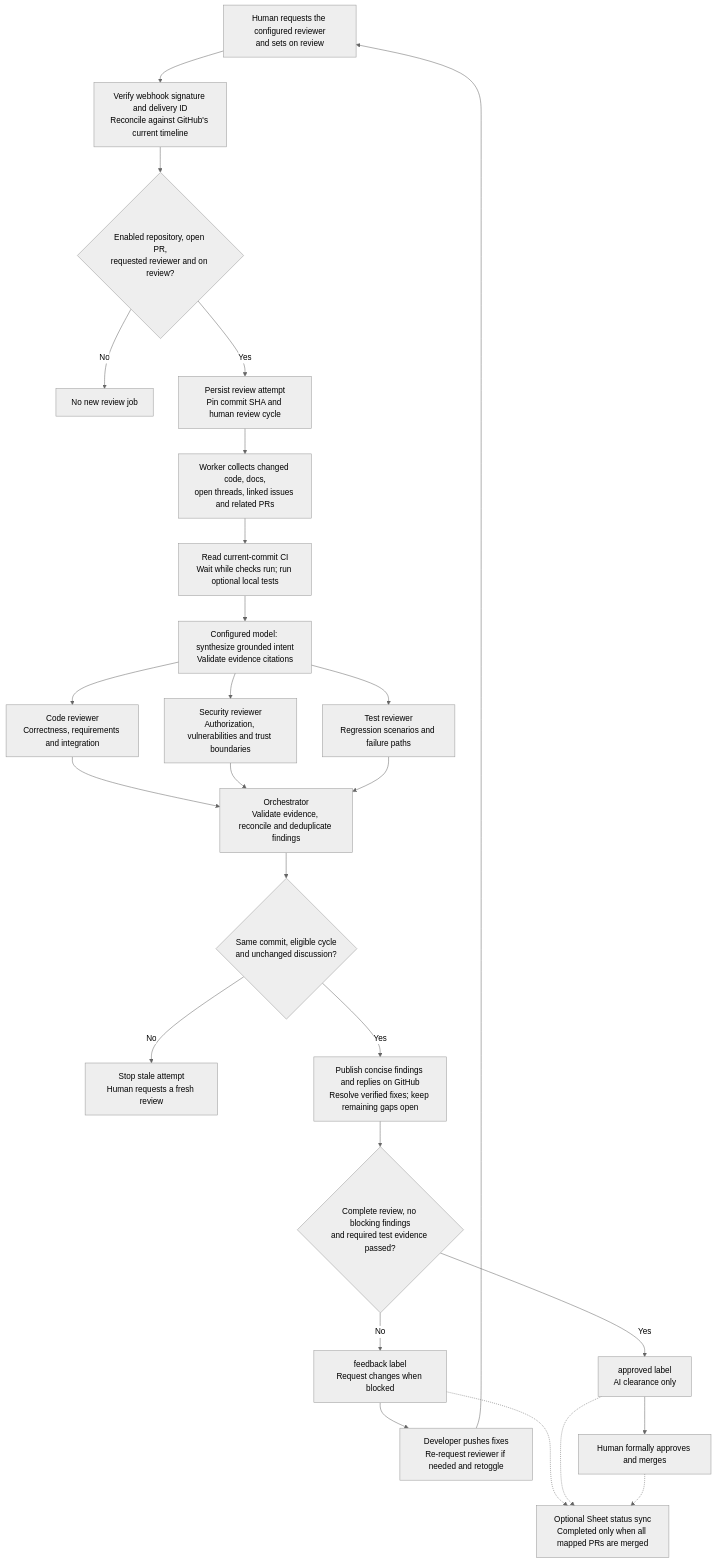
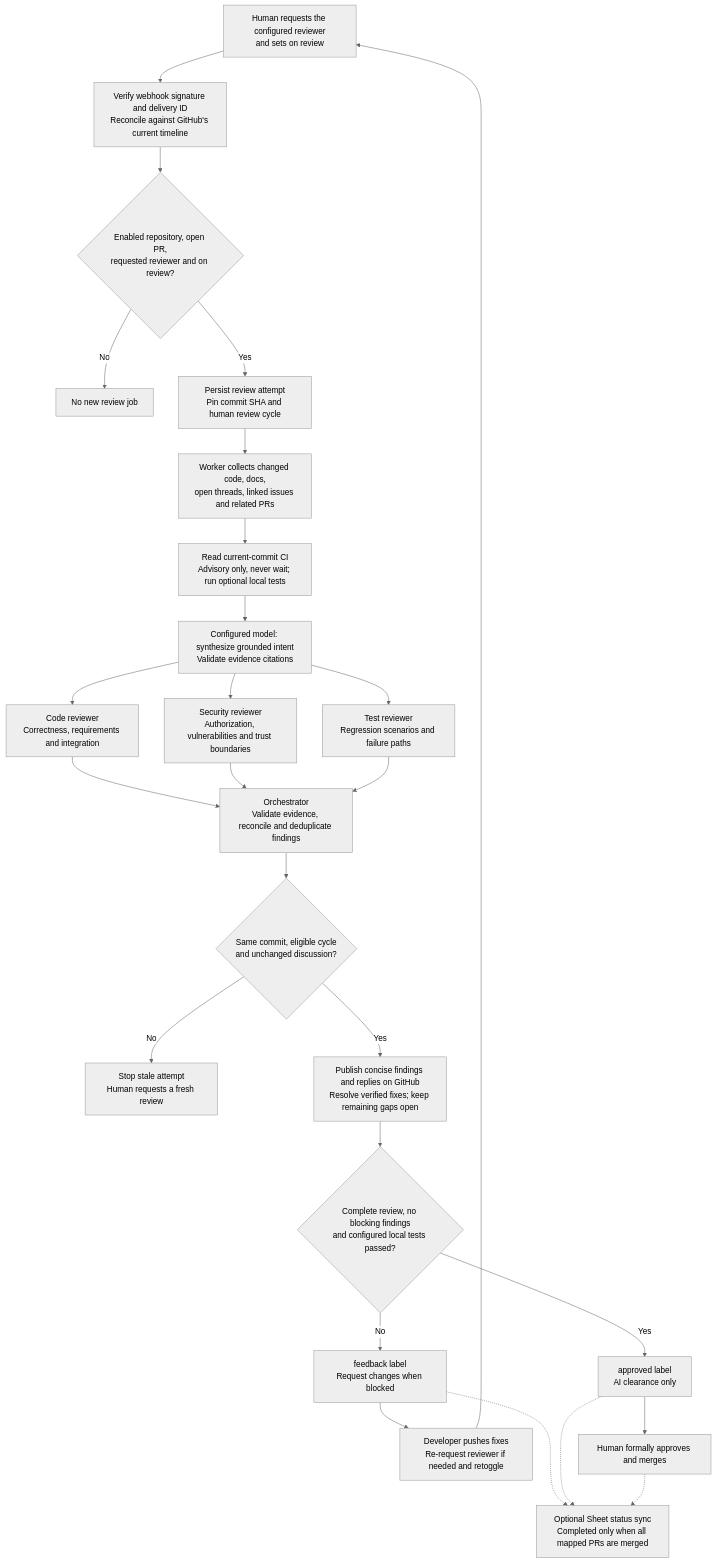
The second of 2 diagrams in README.md (Ainzw0rth/pr-review-service), drawn with Mermaid (neutral theme) before and after one commit. The commit also changed other lines of this file and 23 other files, not shown here.

Commit message:
Make CI advisory and add bulk retries and review durations

````diff
--- a/README.md
+++ b/README.md
@@ -86,39 +86,39 @@
 ```mermaid
 flowchart TB
     human["Human requests the configured reviewer<br/>and sets on review"]
     ingress["Verify webhook signature and delivery ID<br/>Reconcile against GitHub's current timeline"]
     eligible{"Enabled repository, open PR,<br/>requested reviewer and on review?"}
     ignore["No new review job"]
     queue["Persist review attempt<br/>Pin commit SHA and human review cycle"]
     context["Worker collects changed code, docs,<br/>open threads, linked issues and related PRs"]
-    ci["Read current-commit CI<br/>Wait while checks run; run optional local tests"]
+    ci["Read current-commit CI<br/>Advisory only, never wait; run optional local tests"]
     intent["Configured model: synthesize grounded intent<br/>Validate evidence citations"]
     code["Code reviewer<br/>Correctness, requirements and integration"]
     security["Security reviewer<br/>Authorization, vulnerabilities and trust boundaries"]
     tests["Test reviewer<br/>Regression scenarios and failure paths"]
     model["Orchestrator<br/>Validate evidence, reconcile and deduplicate findings"]
     guard{"Same commit, eligible cycle<br/>and unchanged discussion?"}
     stale["Stop stale attempt<br/>Human requests a fresh review"]
     publish["Publish concise findings and replies on GitHub<br/>Resolve verified fixes; keep remaining gaps open"]
-    outcome{"Complete review, no blocking findings<br/>and required test evidence passed?"}
+    outcome{"Complete review, no blocking findings<br/>and configured local tests passed?"}
     feedback["feedback label<br/>Request changes when blocked"]
     ready["approved label<br/>AI clearance only"]
     fix["Developer pushes fixes<br/>Re-request reviewer if needed and retoggle"]
     merge["Human formally approves and merges"]
     sync["Optional Sheet status sync<br/>Completed only when all mapped PRs are merged"]
 
     human --> ingress --> eligible
     eligible -->|No| ignore
     eligible -->|Yes| queue --> context --> ci --> intent
     intent --> code --> model
     intent --> security --> model
     intent --> tests --> model
     model --> guard
     guard -->|No| stale
     guard -->|Yes| publish --> outcome
     outcome -->|No| feedback --> fix --> human
     outcome -->|Yes| ready --> merge
     feedback -.-> sync
     ready -.-> sync
     merge -.-> sync
 ```
````
